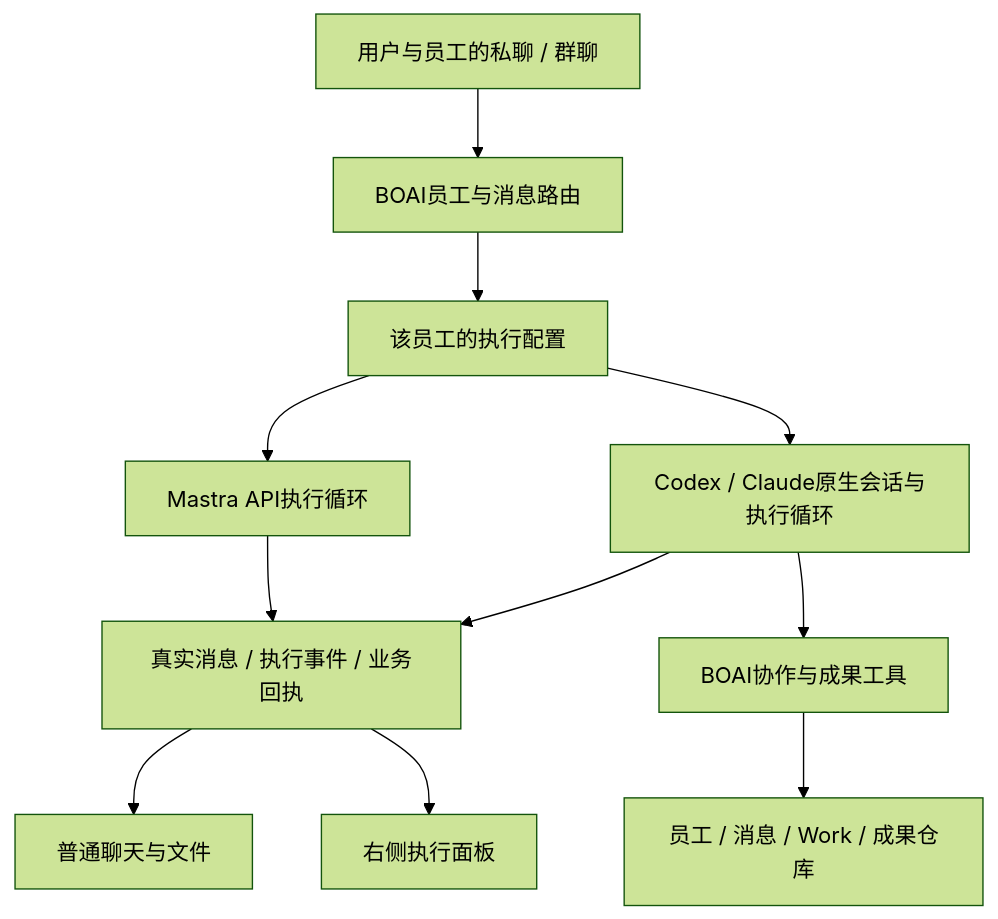
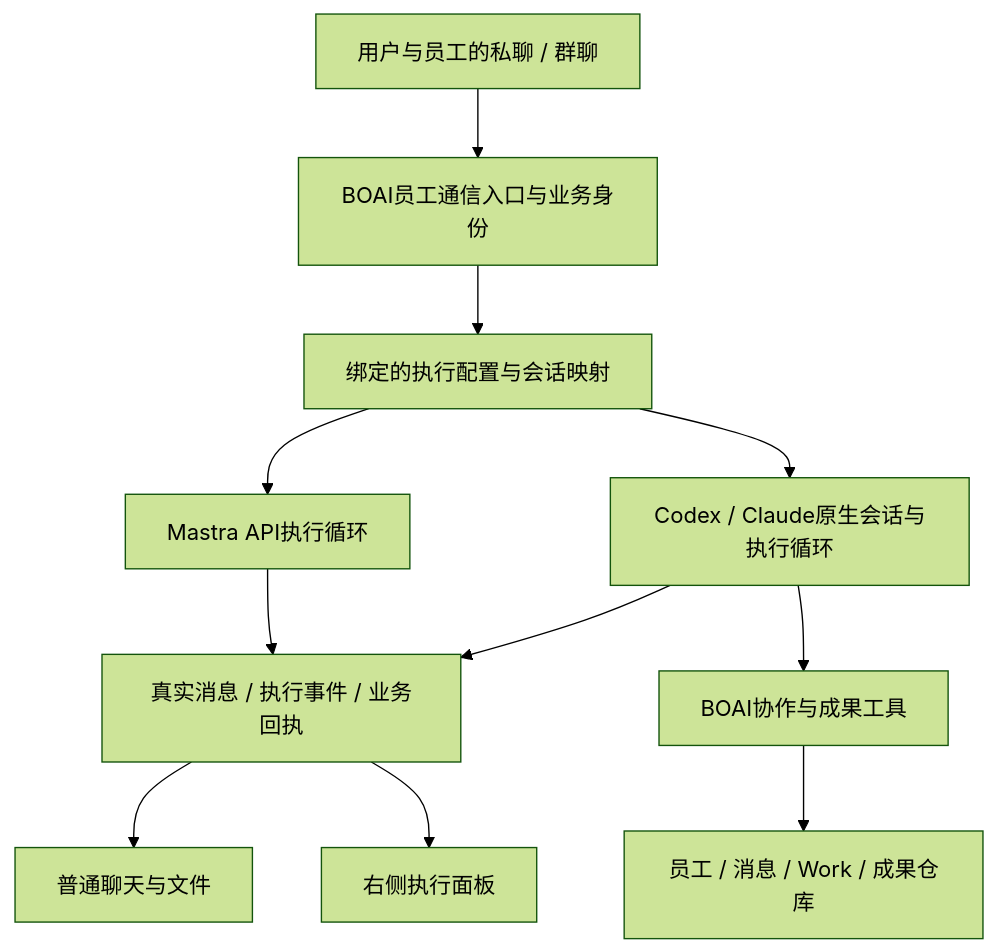
Before and after one commit to 6owen/boai-agent: the diagram in ai-docs/spec/13.本机Agent员工运行时/10-员工一等公民与执行能力设计.md, drawn with Mermaid (forest theme). The commit also changed other lines of this file and 140 other files, not shown here.

````diff
--- a/ai-docs/spec/13.本机Agent员工运行时/10-员工一等公民与执行能力设计.md
+++ b/ai-docs/spec/13.本机Agent员工运行时/10-员工一等公民与执行能力设计.md
@@ -35,13 +48,13 @@
 ```mermaid
 flowchart TD
-    IM[用户与员工的私聊 / 群聊] --> EMP[BOAI员工与消息路由]
-    EMP --> CONFIG[该员工的执行配置]
+    IM[用户与员工的私聊 / 群聊] --> EMP[BOAI员工通信入口与业务身份]
+    EMP --> CONFIG[绑定的执行配置与会话映射]
     CONFIG --> API[Mastra API执行循环]
     CONFIG --> LOCAL[Codex / Claude原生会话与执行循环]
     API --> EVENTS[真实消息 / 执行事件 / 业务回执]
     LOCAL --> EVENTS
     LOCAL --> BRIDGE[BOAI协作与成果工具]
     BRIDGE --> BUSINESS[员工 / 消息 / Work / 成果仓库]
     EVENTS --> CHAT[普通聊天与文件]
     EVENTS --> PANEL[右侧执行面板]
 ```
````
